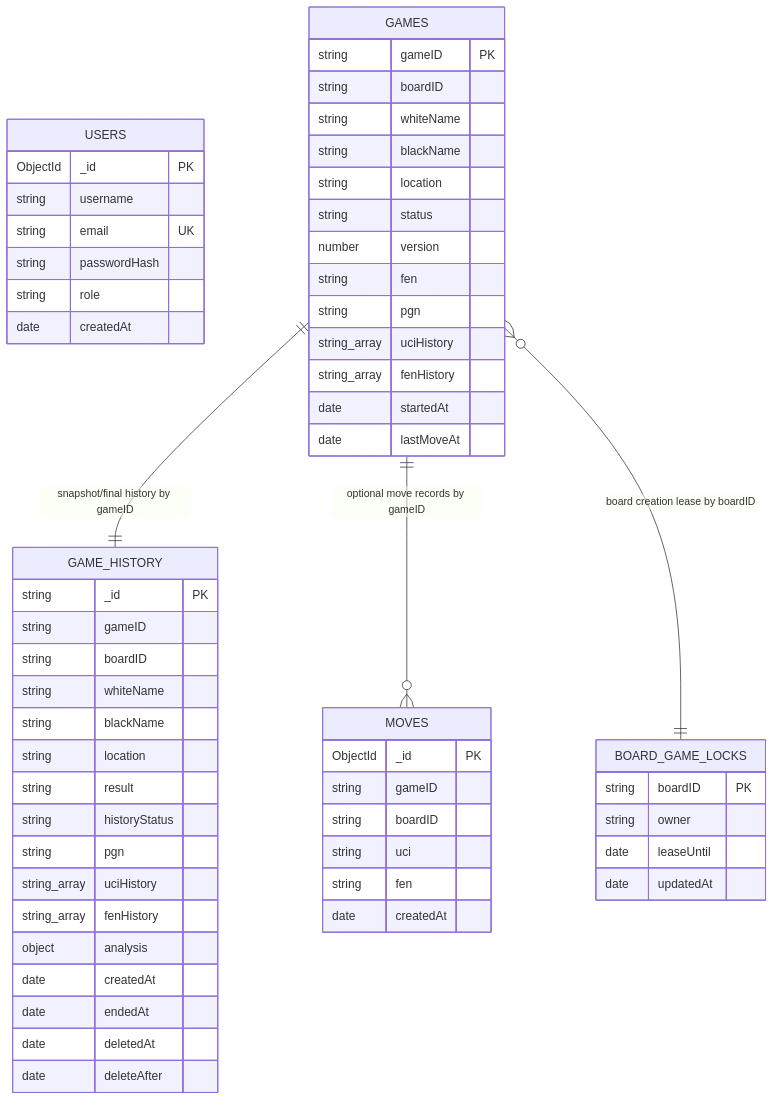
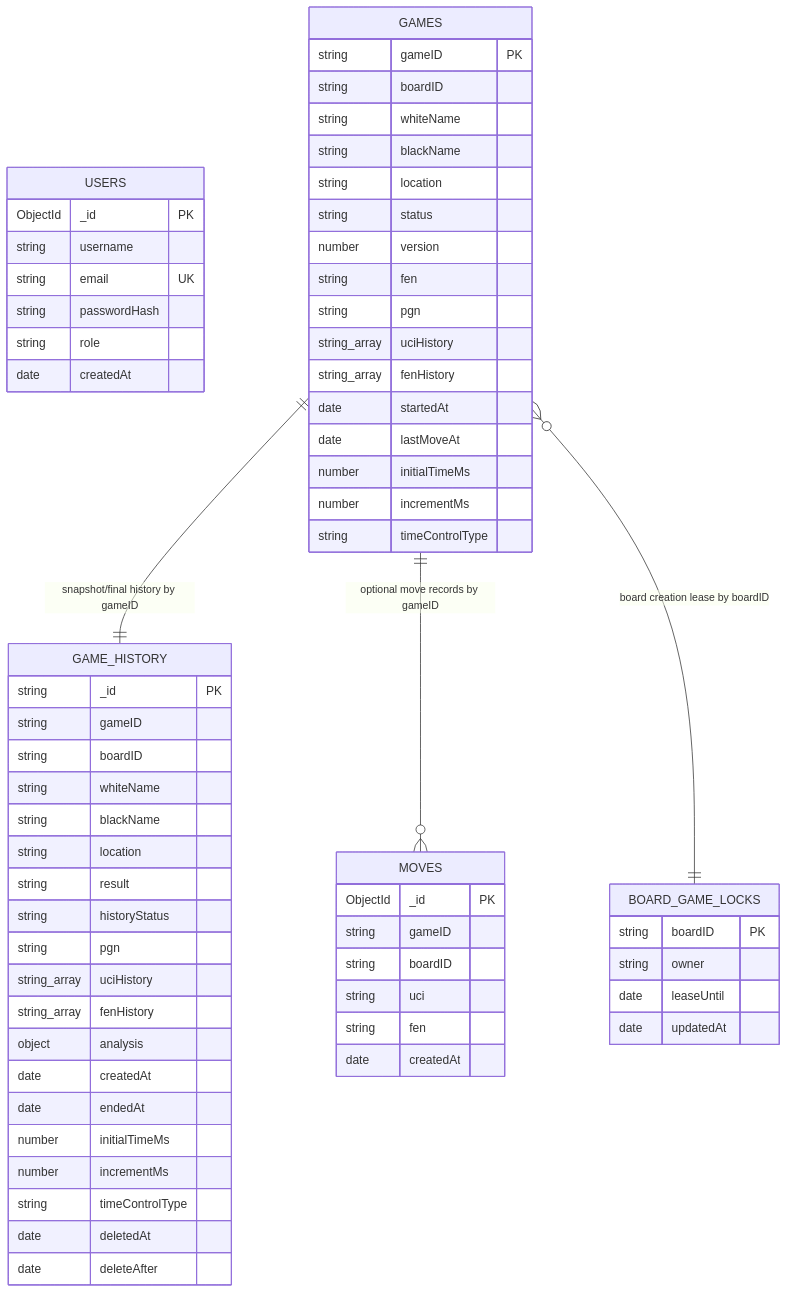
The diagram in docs/05-database.md (phong571737/BEChessWeb), drawn with Mermaid before and after one commit. The commit also changed other lines of this file and 30 other files, not shown here.

Commit message:
fix history time control and align game type column

````diff
--- a/docs/05-database.md
+++ b/docs/05-database.md
@@ -30,66 +30,72 @@
 ```mermaid
 erDiagram
     USERS {
         ObjectId _id PK
         string username
         string email UK
         string passwordHash
         string role
         date createdAt
     }
 
     GAMES {
         string gameID PK
         string boardID
         string whiteName
         string blackName
         string location
         string status
         number version
         string fen
         string pgn
         string_array uciHistory
         string_array fenHistory
         date startedAt
         date lastMoveAt
+        number initialTimeMs
+        number incrementMs
+        string timeControlType
     }
 
     GAME_HISTORY {
         string _id PK
         string gameID
         string boardID
         string whiteName
         string blackName
         string location
         string result
         string historyStatus
         string pgn
         string_array uciHistory
         string_array fenHistory
         object analysis
         date createdAt
         date endedAt
+        number initialTimeMs
+        number incrementMs
+        string timeControlType
         date deletedAt
         date deleteAfter
     }
 
     BOARD_GAME_LOCKS {
         string boardID PK
         string owner
         date leaseUntil
         date updatedAt
     }
 
     MOVES {
         ObjectId _id PK
         string gameID
         string boardID
         string uci
         string fen
         date createdAt
     }
 
     GAMES ||--|| GAME_HISTORY : "snapshot/final history by gameID"
     GAMES ||--o{ MOVES : "optional move records by gameID"
     GAMES }o--|| BOARD_GAME_LOCKS : "board creation lease by boardID"
 ```
````
